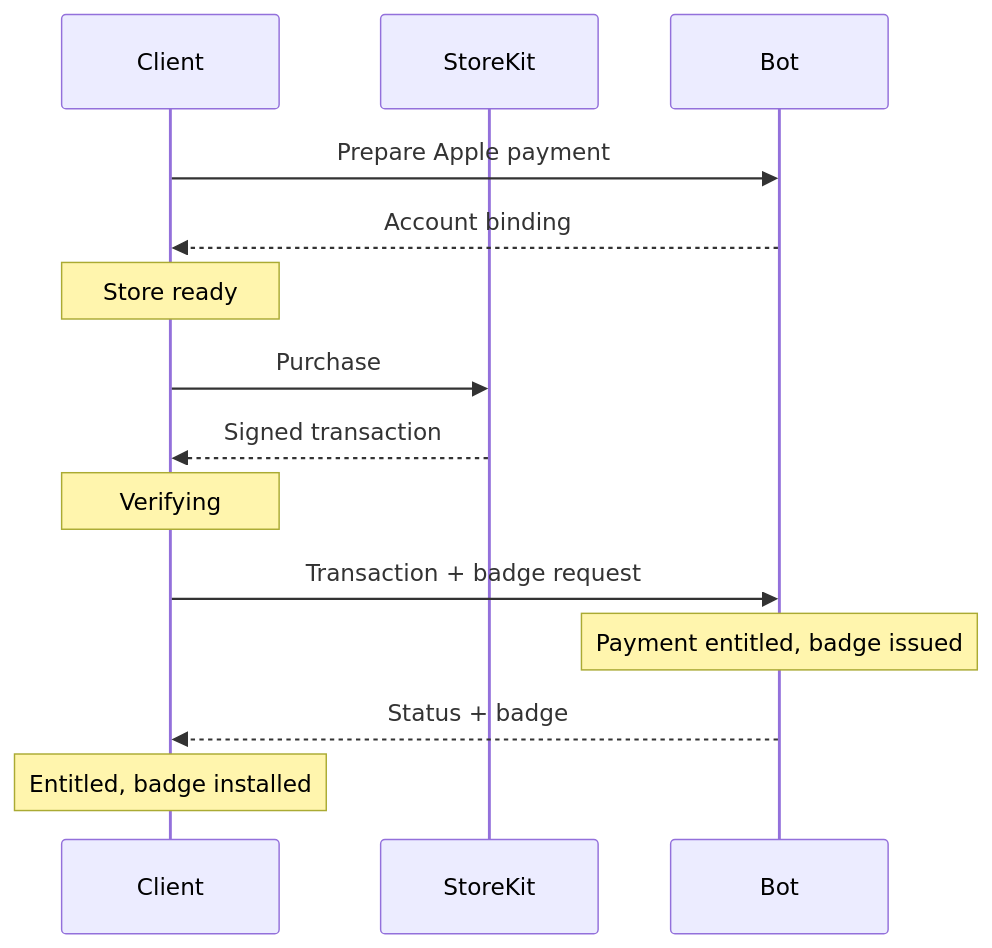
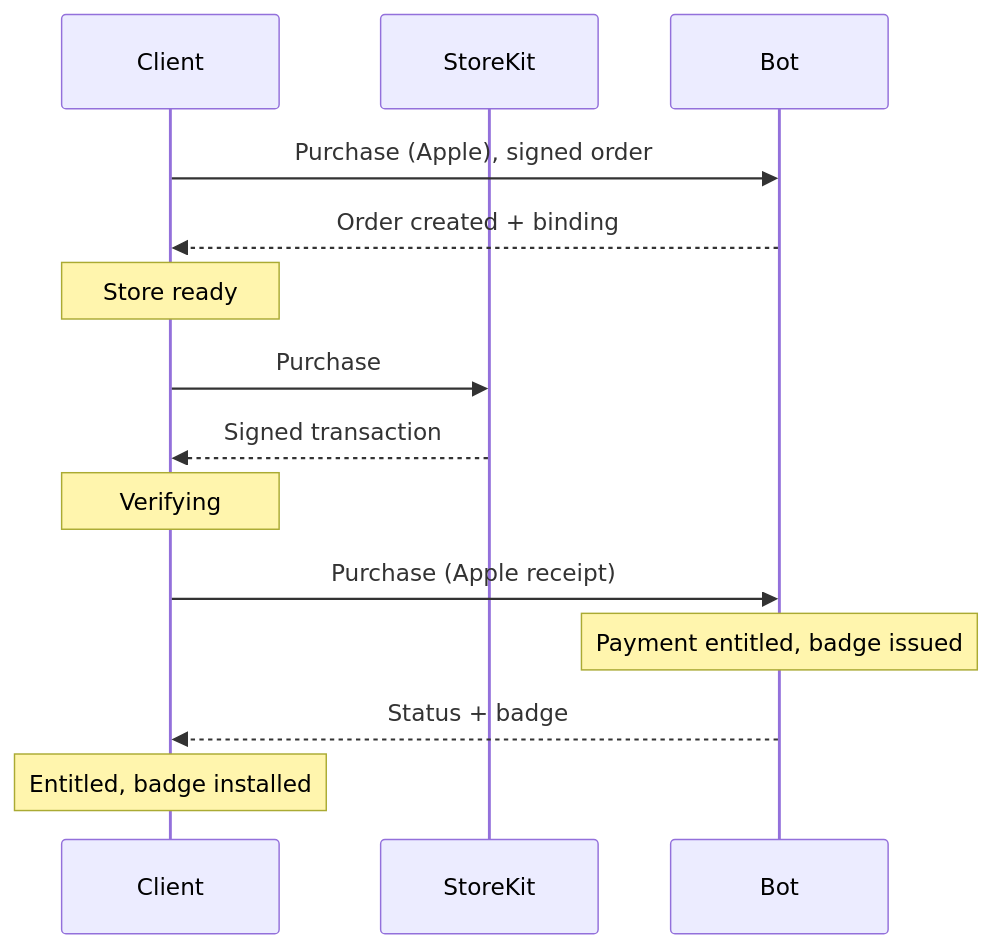
The first of 12 diagrams in plans/2026-07-20-supporter-badges-v2-product.md (simplex-chat/simplex-chat), drawn with Mermaid before and after one commit. The commit also changed other lines of this file and 3 other files, not shown here.

Commit message:
docs: rework badge plans to order-centric protocol

````diff
--- a/plans/2026-07-20-supporter-badges-v2-product.md
+++ b/plans/2026-07-20-supporter-badges-v2-product.md
@@ -101,16 +105,16 @@
 ```mermaid
 sequenceDiagram
   participant C as Client
   participant A as StoreKit
   participant B as Bot
-  C->>B: Prepare Apple payment
-  B-->>C: Account binding
+  C->>B: Purchase (Apple), signed order
+  B-->>C: Order created + binding
   Note over C: Store ready
   C->>A: Purchase
   A-->>C: Signed transaction
   Note over C: Verifying
-  C->>B: Transaction + badge request
+  C->>B: Purchase (Apple receipt)
   Note over B: Payment entitled, badge issued
   B-->>C: Status + badge
   Note over C: Entitled, badge installed
 ```
````
